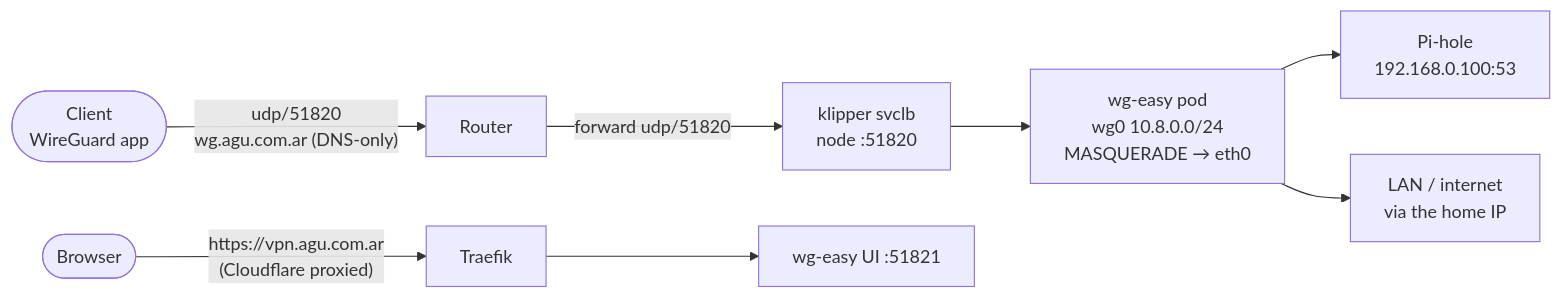
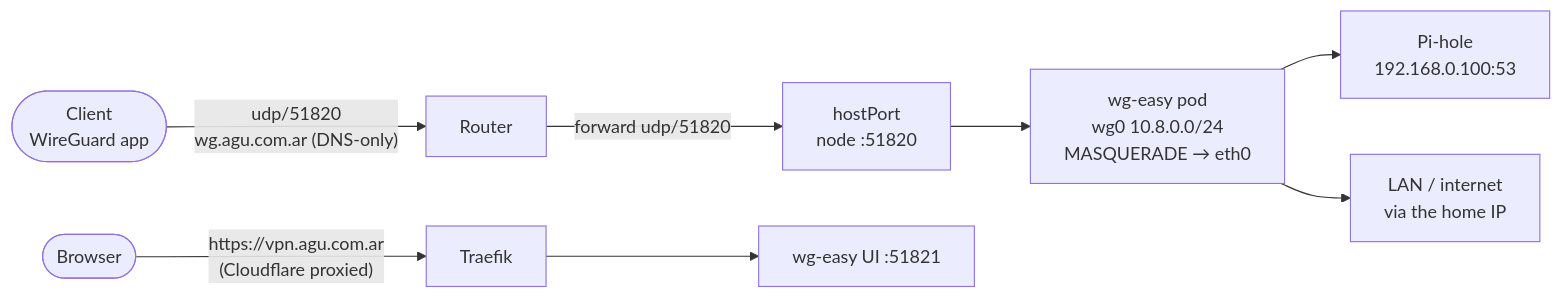
Before and after one commit to frodoagu/home: the diagram in docs/vpn.md, drawn with Mermaid. The commit also changed other lines of this file and 4 other files, not shown here.

First line of the commit message:
fix: publish WireGuard as a hostPort so peers keep their real address

````diff
--- a/docs/vpn.md
+++ b/docs/vpn.md
@@ -15,9 +15,9 @@
 ```mermaid
 flowchart LR
     Phone([Client<br/>WireGuard app]) -- "udp/51820<br/>wg.agu.com.ar (DNS-only)" --> Router
-    Router -- "forward udp/51820" --> SVC[klipper svclb<br/>node :51820]
-    SVC --> POD[wg-easy pod<br/>wg0 10.8.0.0/24<br/>MASQUERADE → eth0]
+    Router -- "forward udp/51820" --> HP[hostPort<br/>node :51820]
+    HP --> POD[wg-easy pod<br/>wg0 10.8.0.0/24<br/>MASQUERADE → eth0]
     POD --> PIHOLE[Pi-hole<br/>192.168.0.100:53]
     POD --> LAN[LAN / internet<br/>via the home IP]
     Browser([Browser]) -- "https://vpn.agu.com.ar<br/>(Cloudflare proxied)" --> Traefik --> UI[wg-easy UI :51821]
 ```
````
